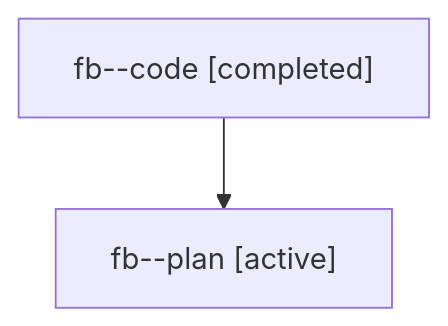
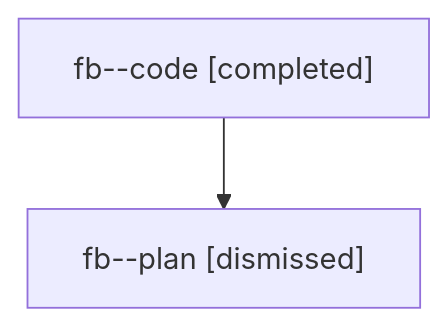
The diagram in sessions/bbugyi200.athena.fb.md (sase-org/sase--agents), drawn with Mermaid before and after one commit. The commit also changed other lines of this file and 28 other files, not shown here.

````diff
--- a/sessions/bbugyi200.athena.fb.md
+++ b/sessions/bbugyi200.athena.fb.md
@@ -9,6 +9,6 @@
 ```mermaid
 flowchart TD
   n0["fb--code [completed]"]
-  n1["fb--plan [active]"]
+  n1["fb--plan [dismissed]"]
   n0 --> n1
 ```
````
